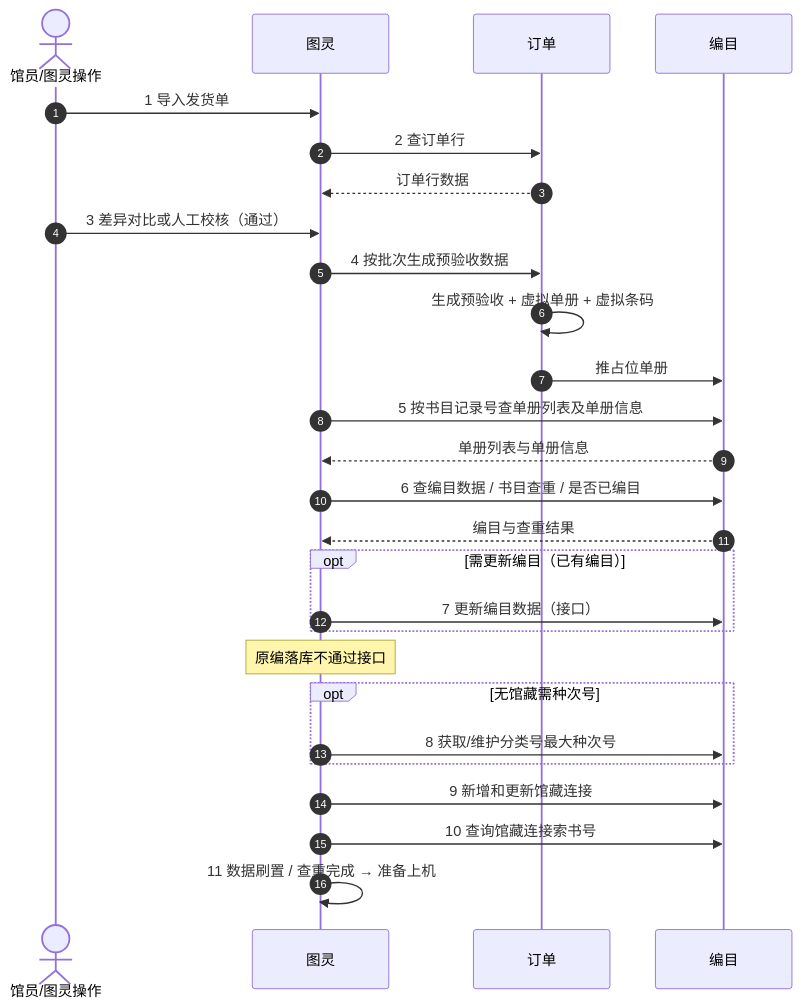
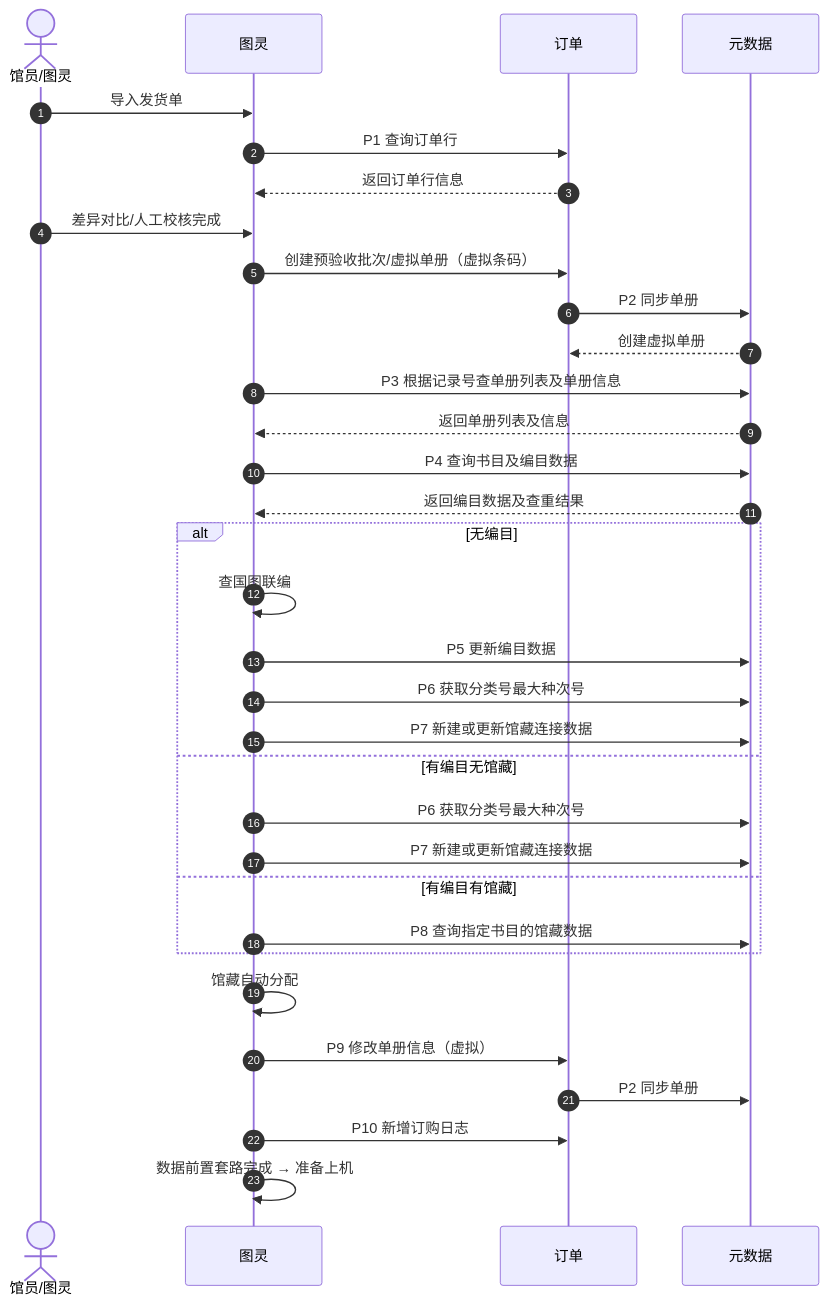
The first of 2 diagrams in docs/superpowers/specs/2026-10-14-turing-order-catalog-acceptance-flow-design.md (yxw7/orderM), drawn with Mermaid before and after one commit. The commit also changed other lines of this file and 2 other files, not shown here.

First line of the commit message:
docs: realign Turing integration flow to drawio P1-P10

````diff
--- a/docs/superpowers/specs/2026-10-14-turing-order-catalog-acceptance-flow-design.md
+++ b/docs/superpowers/specs/2026-10-14-turing-order-catalog-acceptance-flow-design.md
@@ -76,30 +73,36 @@
 ```mermaid
 sequenceDiagram
   autonumber
-  actor Op as 馆员/图灵操作
+  actor Op as 馆员/图灵
   participant T as 图灵
   participant O as 订单
-  participant C as 编目
+  participant M as 元数据
 
-  Op->>T: 1 导入发货单
-  T->>O: 2 查订单行
-  O-->>T: 订单行数据
-  Op->>T: 3 差异对比或人工校核（通过）
-  T->>O: 4 按批次生成预验收数据
-  O->>O: 生成预验收 + 虚拟单册 + 虚拟条码
-  O->>C: 推占位单册
-  T->>C: 5 按书目记录号查单册列表及单册信息
-  C-->>T: 单册列表与单册信息
-  T->>C: 6 查编目数据 / 书目查重 / 是否已编目
-  C-->>T: 编目与查重结果
-  opt 需更新编目（已有编目）
-    T->>C: 7 更新编目数据（接口）
+  Op->>T: 导入发货单
+  T->>O: P1 查询订单行
+  O-->>T: 返回订单行信息
+  Op->>T: 差异对比/人工校核完成
+  T->>O: 创建预验收批次/虚拟单册（虚拟条码）
+  O->>M: P2 同步单册
+  M-->>O: 创建虚拟单册
+  T->>M: P3 根据记录号查单册列表及单册信息
+  M-->>T: 返回单册列表及信息
+  T->>M: P4 查询书目及编目数据
+  M-->>T: 返回编目数据及查重结果
+  alt 无编目
+    T->>T: 查国图联编
+    T->>M: P5 更新编目数据
+    T->>M: P6 获取分类号最大种次号
+    T->>M: P7 新建或更新馆藏连接数据
+  else 有编目无馆藏
+    T->>M: P6 获取分类号最大种次号
+    T->>M: P7 新建或更新馆藏连接数据
+  else 有编目有馆藏
+    T->>M: P8 查询指定书目的馆藏数据
   end
-  Note over T: 原编落库不通过接口
-  opt 无馆藏需种次号
-    T->>C: 8 获取/维护分类号最大种次号
-  end
-  T->>C: 9 新增和更新馆藏连接
-  T->>C: 10 查询馆藏连接索书号
-  T->>T: 11 数据刷置 / 查重完成 → 准备上机
+  T->>T: 馆藏自动分配
+  T->>O: P9 修改单册信息（虚拟）
+  O->>M: P2 同步单册
+  T->>O: P10 新增订购日志
+  T->>T: 数据前置套路完成 → 准备上机
 ```
````
